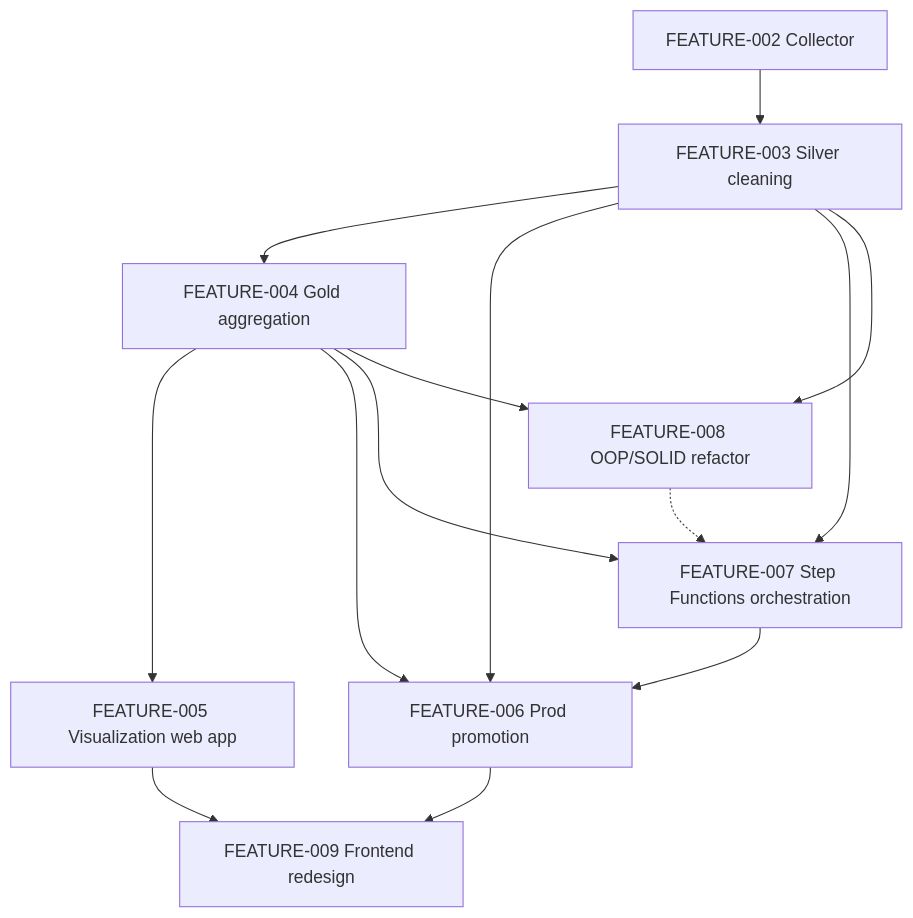
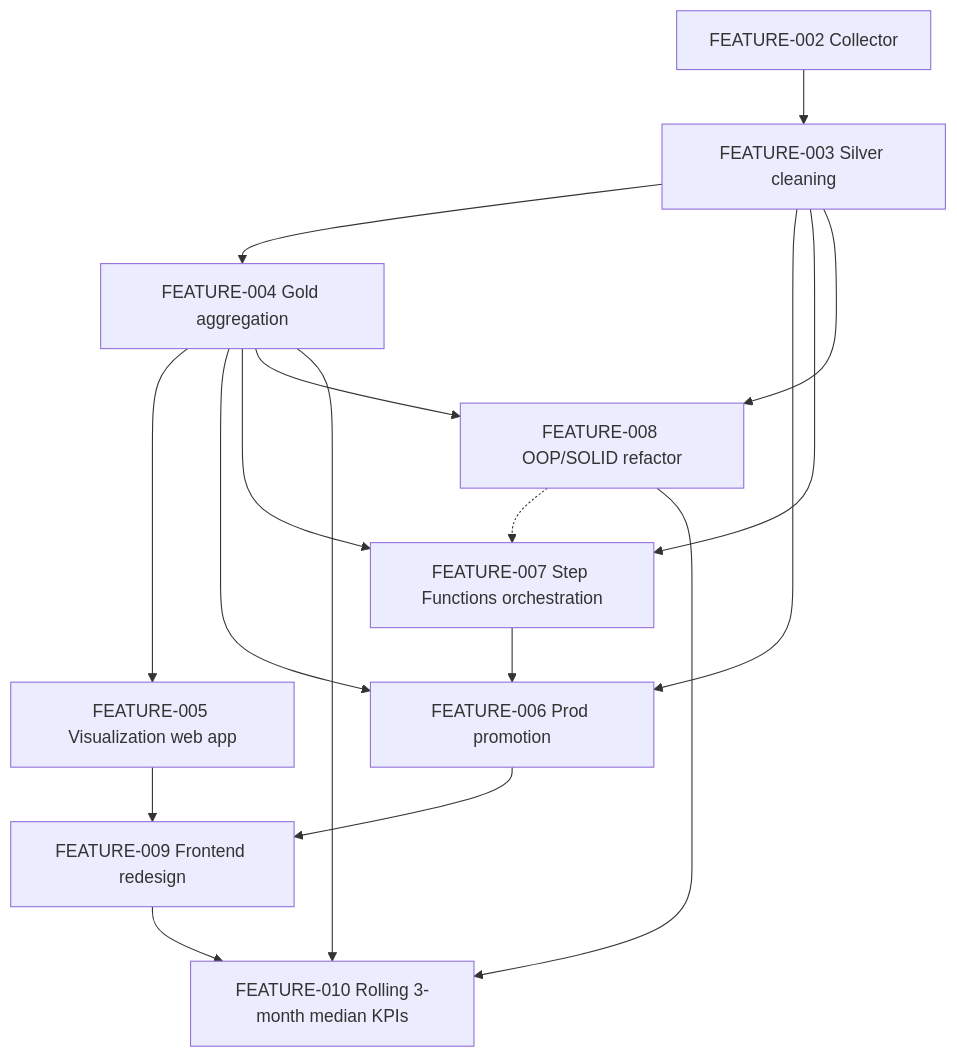
Before and after one commit to LeopoldWalther/vlc-real-estate-analytics: the diagram in dev/plans/README.md, drawn with Mermaid. The commit also changed other lines of this file and 2 other files, not shown here.

Commit message:
chore(gold): verify rolling median backend in dev

````diff
--- a/dev/plans/README.md
+++ b/dev/plans/README.md
@@ -24,16 +25,19 @@
 ```mermaid
 graph TD
     F002[FEATURE-002 Collector] --> F003[FEATURE-003 Silver cleaning]
     F003 --> F004[FEATURE-004 Gold aggregation]
     F004 --> F005[FEATURE-005 Visualization web app]
     F003 --> F006[FEATURE-006 Prod promotion]
     F004 --> F006
     F003 --> F007[FEATURE-007 Step Functions orchestration]
     F004 --> F007
     F007 --> F006
     F003 --> F008[FEATURE-008 OOP/SOLID refactor]
     F004 --> F008
     F008 -.-> F007
     F005 --> F009[FEATURE-009 Frontend redesign]
     F006 --> F009
+    F004 --> F010[FEATURE-010 Rolling 3-month median KPIs]
+    F008 --> F010
+    F009 --> F010
 ```
````
